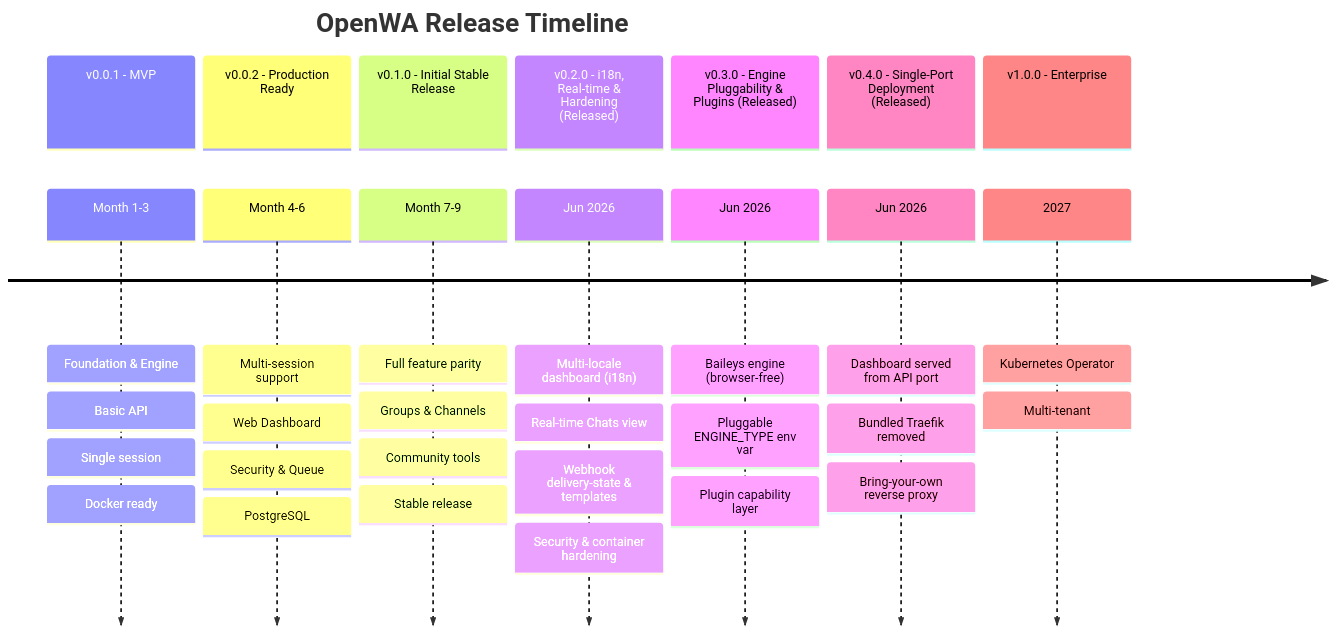
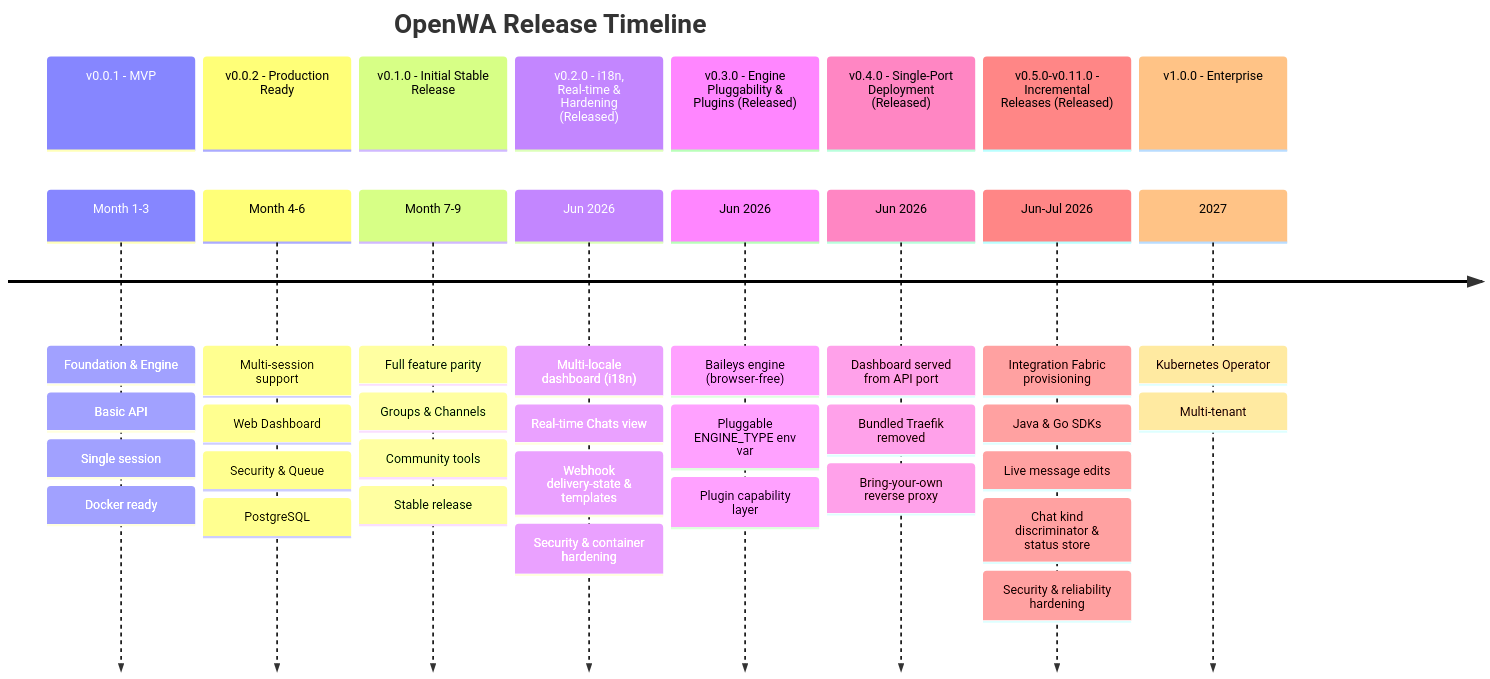
The first of 7 diagrams in docs/15-project-roadmap.md (nourayman21k/OpenWA), drawn with Mermaid before and after one commit. The commit also changed other lines of this file and 29 other files, not shown here.

````diff
--- a/docs/15-project-roadmap.md
+++ b/docs/15-project-roadmap.md
@@ -5,42 +5,49 @@
 ```mermaid
 timeline
     title OpenWA Release Timeline
 
     section v0.0.1 - MVP
         Month 1-3 : Foundation & Engine
                   : Basic API
                   : Single session
                   : Docker ready
 
     section v0.0.2 - Production Ready
         Month 4-6 : Multi-session support
                   : Web Dashboard
                   : Security & Queue
                   : PostgreSQL
 
     section v0.1.0 - Initial Stable Release
         Month 7-9 : Full feature parity
                   : Groups & Channels
                   : Community tools
                   : Stable release
 
     section v0.2.0 - i18n, Real-time & Hardening (Released)
         Jun 2026 : Multi-locale dashboard (i18n)
                  : Real-time Chats view
                  : Webhook delivery-state & templates
                  : Security & container hardening
 
     section v0.3.0 - Engine Pluggability & Plugins (Released)
         Jun 2026 : Baileys engine (browser-free)
                  : Pluggable ENGINE_TYPE env var
                  : Plugin capability layer
 
     section v0.4.0 - Single-Port Deployment (Released)
         Jun 2026 : Dashboard served from API port
                  : Bundled Traefik removed
                  : Bring-your-own reverse proxy
 
+    section v0.5.0-v0.11.0 - Incremental Releases (Released)
+        Jun-Jul 2026 : Integration Fabric provisioning
+                     : Java & Go SDKs
+                     : Live message edits
+                     : Chat kind discriminator & status store
+                     : Security & reliability hardening
+
     section v1.0.0 - Enterprise
         2027 : Kubernetes Operator
              : Multi-tenant
 ```
````
